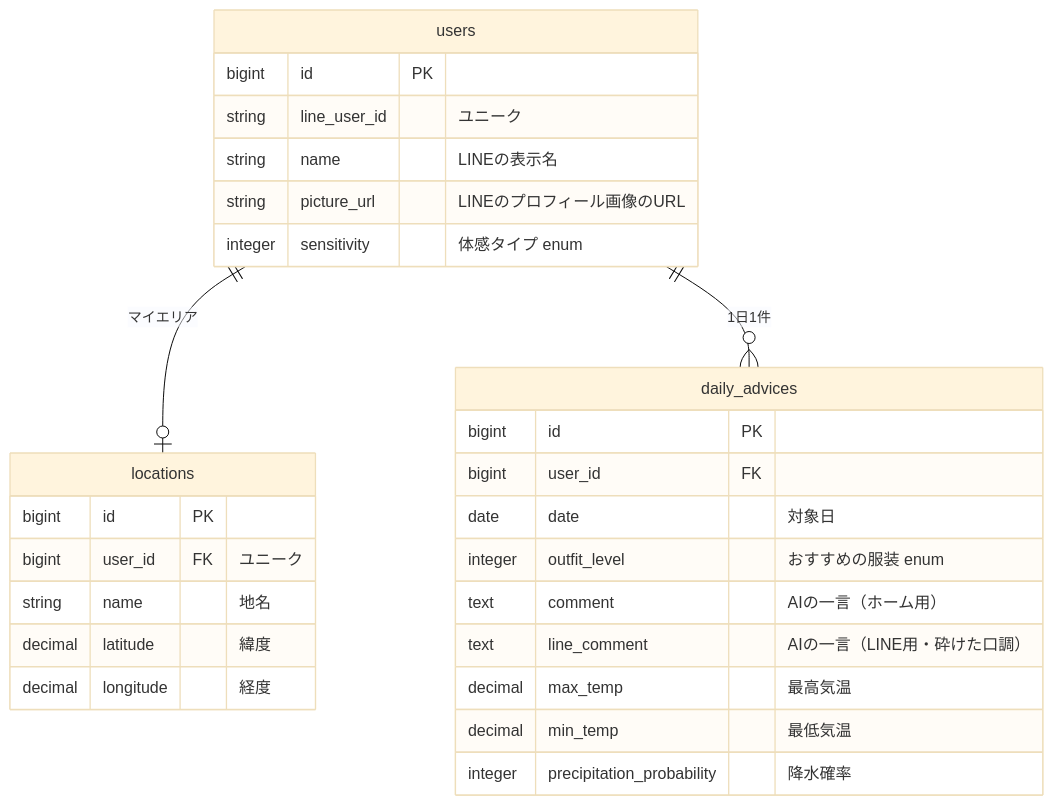
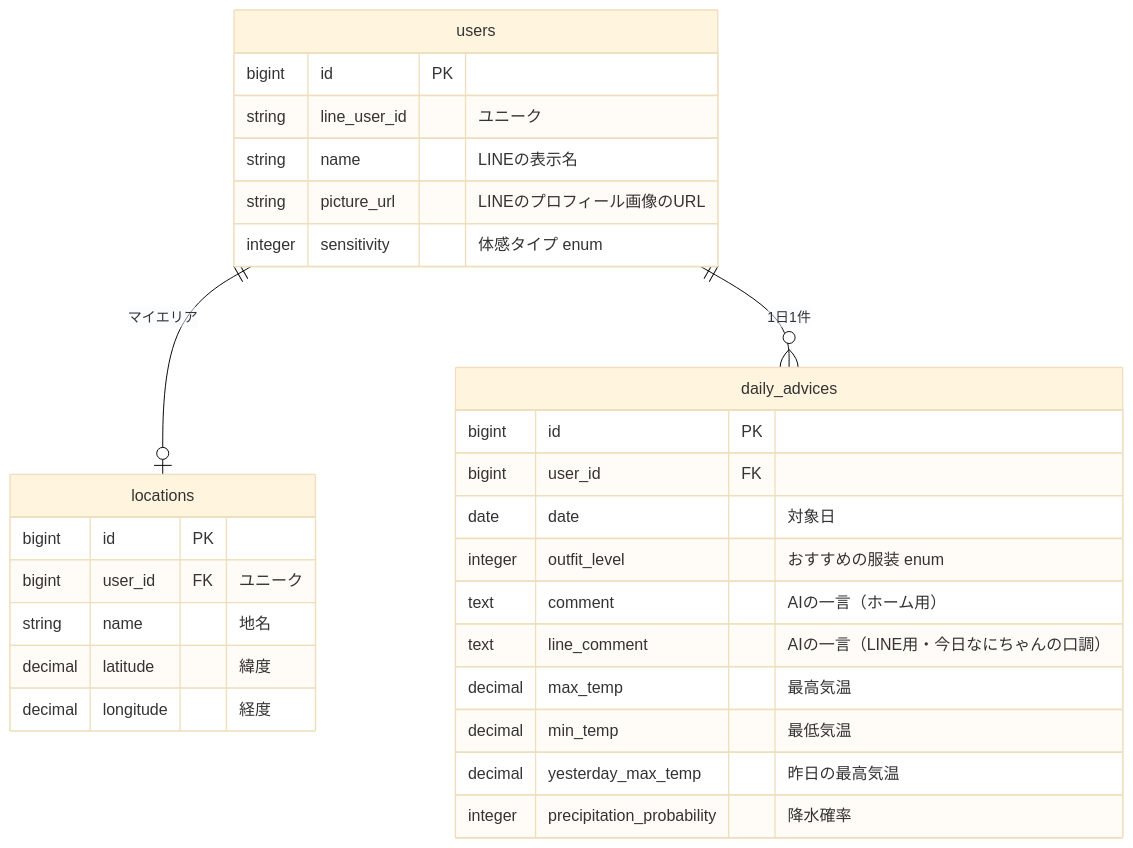
Before and after one commit to maichi917/kyo-nani-kiteku: the diagram in README.md, drawn with Mermaid (base theme). The commit also changed 1 other file, not shown here.

Commit message:
docs: 今日なにちゃん・AI のモデル・アドバイスの保存・LINE の吹き出しの判断を追記 (#7)
- 27〜30番を追加
- ER 図の daily_advices に yesterday_max_temp を追加

````diff
--- a/README.md
+++ b/README.md
@@ -46,33 +46,34 @@
 ```mermaid
 erDiagram
   users ||--o| locations : "マイエリア"
   users ||--o{ daily_advices : "1日1件"
 
   users {
     bigint id PK
     string line_user_id "ユニーク"
     string name "LINEの表示名"
     string picture_url "LINEのプロフィール画像のURL"
     integer sensitivity "体感タイプ enum"
   }
 
   locations {
     bigint id PK
     bigint user_id FK "ユニーク"
     string name "地名"
     decimal latitude "緯度"
     decimal longitude "経度"
   }
 
   daily_advices {
     bigint id PK
     bigint user_id FK
     date date "対象日"
     integer outfit_level "おすすめの服装 enum"
     text comment "AIの一言（ホーム用）"
-    text line_comment "AIの一言（LINE用・砕けた口調）"
+    text line_comment "AIの一言（LINE用・今日なにちゃんの口調）"
     decimal max_temp "最高気温"
     decimal min_temp "最低気温"
+    decimal yesterday_max_temp "昨日の最高気温"
     integer precipitation_probability "降水確率"
   }
 ```
````
